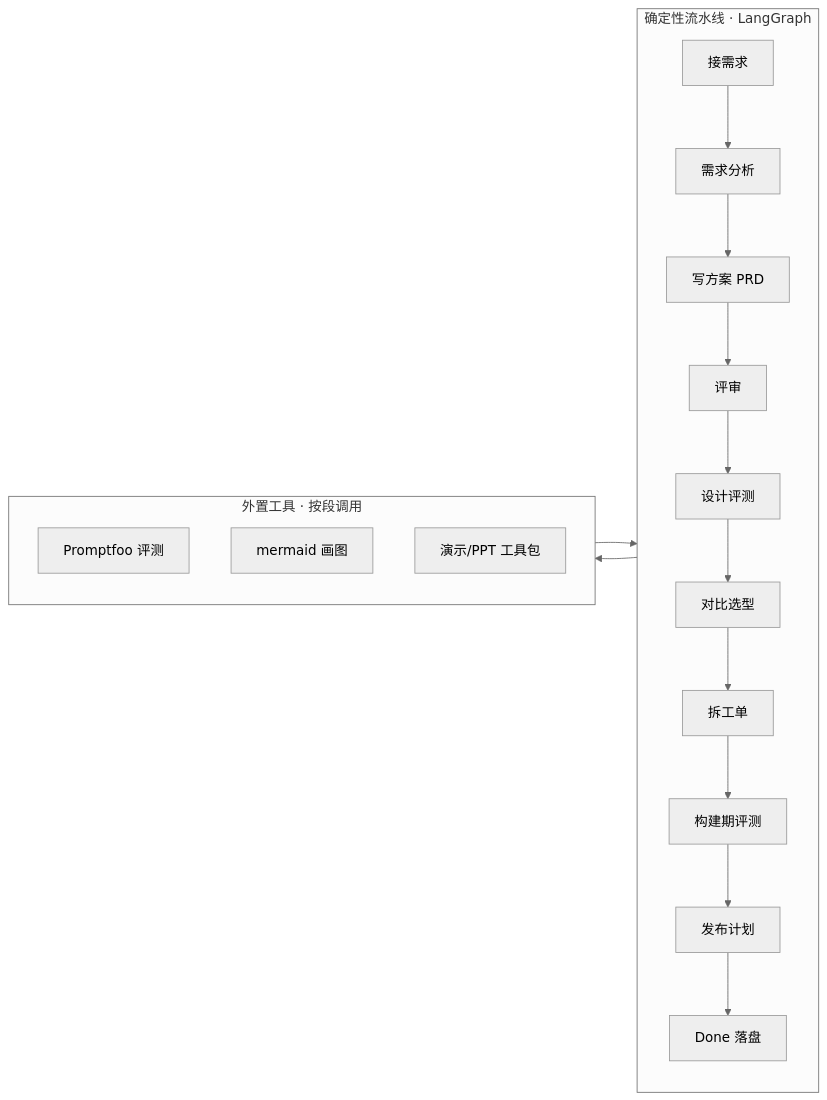
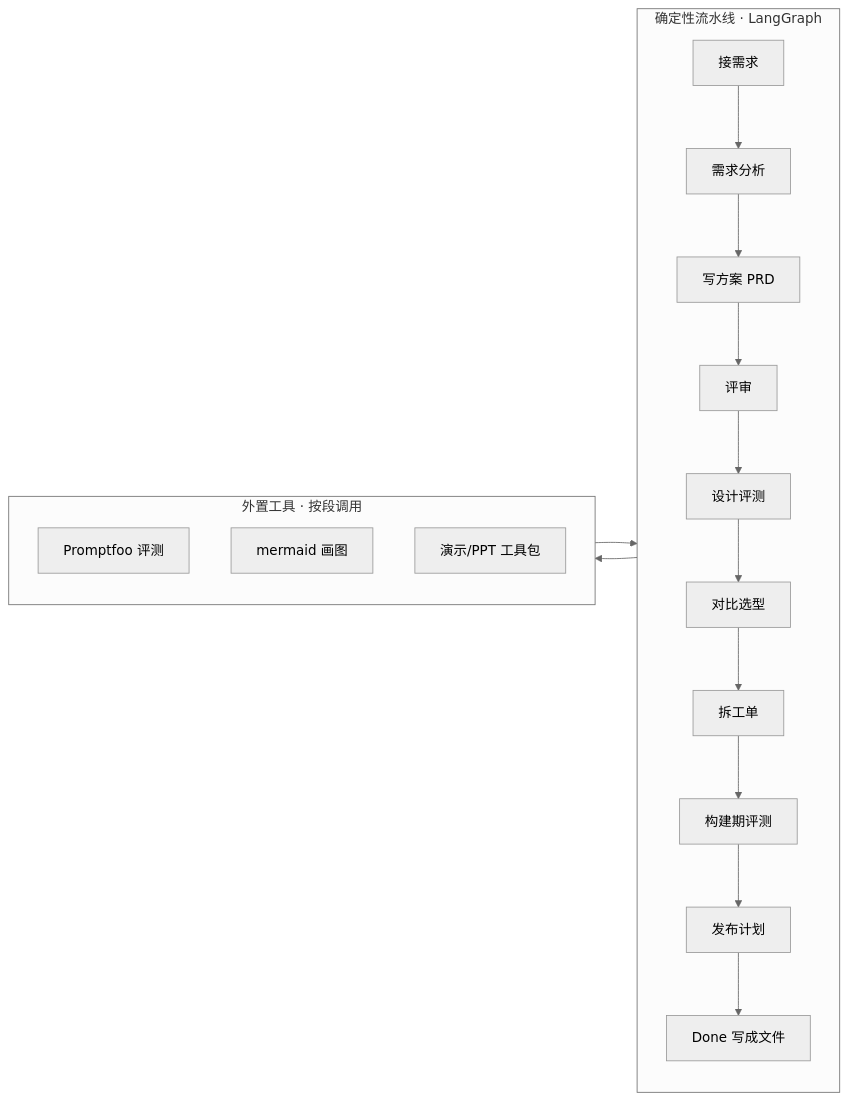
One commit to TEXXXXTURE/ai-pm-agent changed the diagram in README.md. Above: the diagram before and after it, drawn with Mermaid (neutral theme). The commit also changed other lines of this file and 16 other files, not shown here.

````diff
--- a/README.md
+++ b/README.md
@@ -13,13 +13,13 @@
 ```mermaid
 flowchart LR
     subgraph 流水线[确定性流水线 · LangGraph]
-        R[接需求] --> A[需求分析] --> P[写方案 PRD] --> V[评审] --> E[设计评测] --> B[对比选型] --> I[拆工单] --> T[构建期评测] --> L[发布计划] --> D[Done 落盘]
+        R[接需求] --> A[需求分析] --> P[写方案 PRD] --> V[评审] --> E[设计评测] --> B[对比选型] --> I[拆工单] --> T[构建期评测] --> L[发布计划] --> D[Done 写成文件]
     end
     subgraph 外置[外置工具 · 按段调用]
         PF[Promptfoo 评测] 
         MM[mermaid 画图]
         PP[演示/PPT 工具包]
     end
     流水线 --> 外置
     外置 --> 流水线
 ```
````
